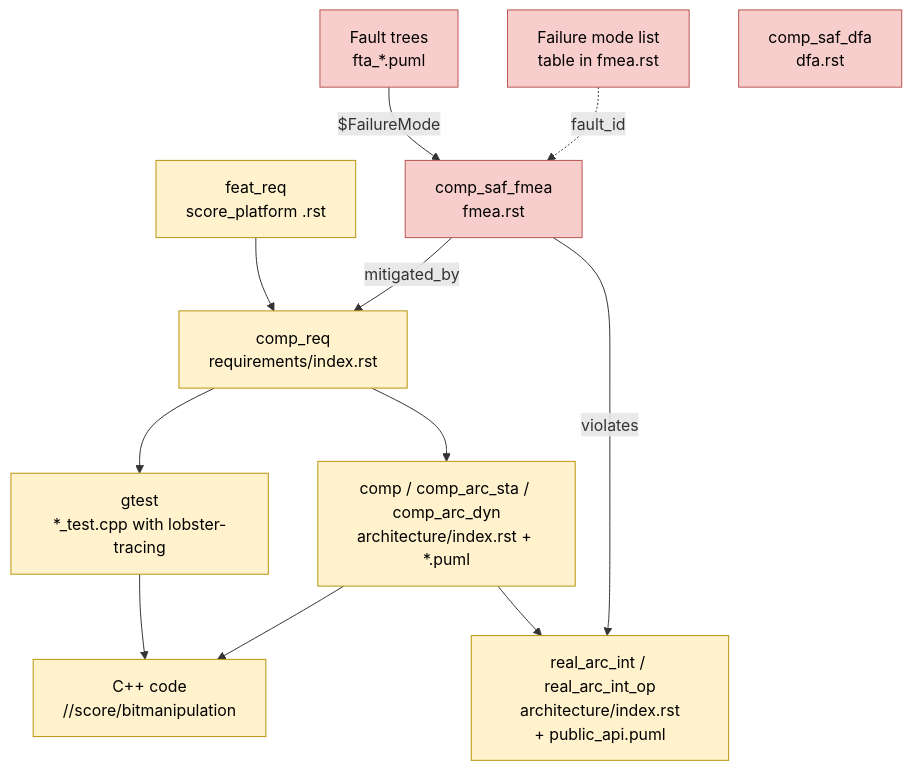
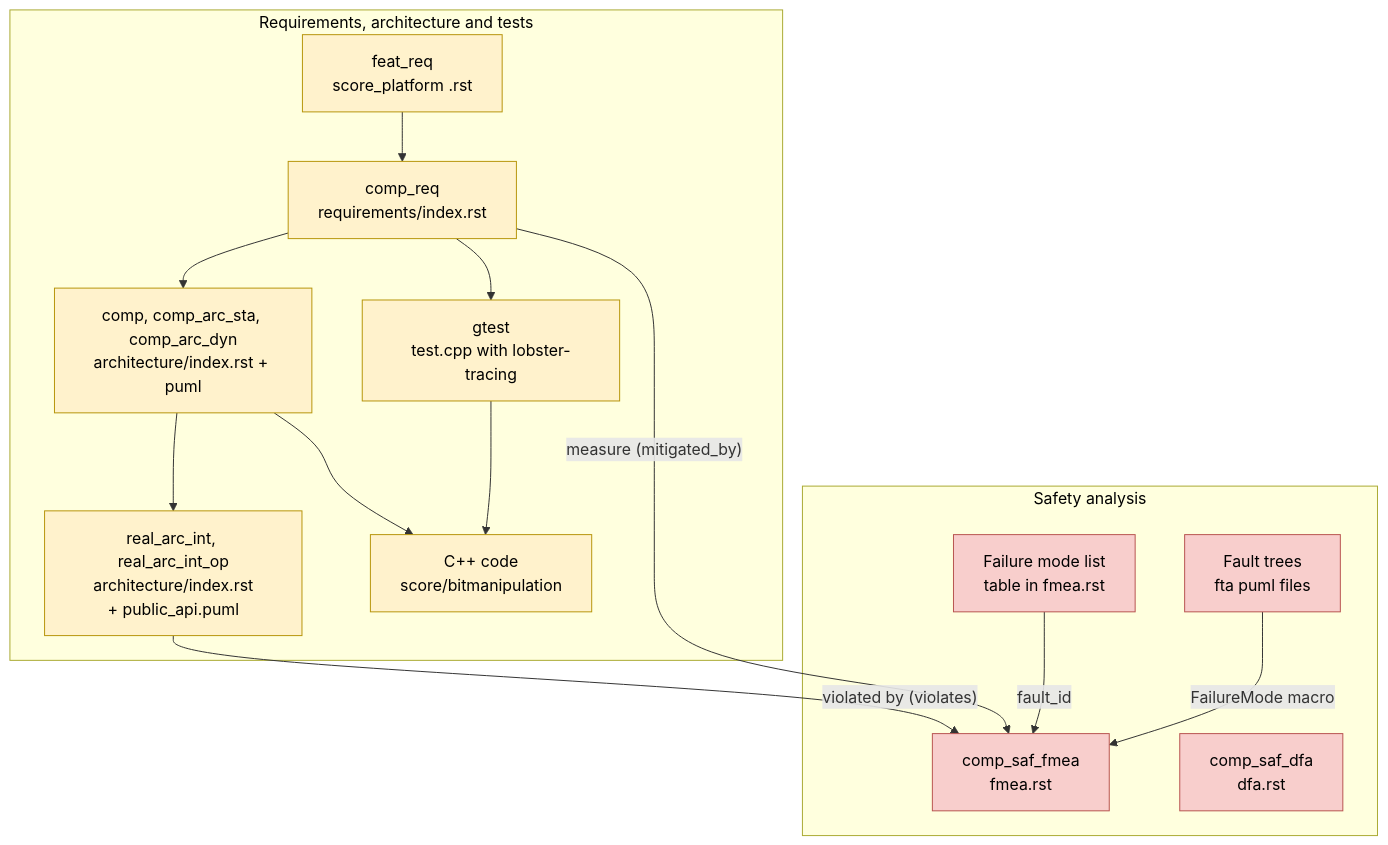
The second of 2 diagrams in dependable_element/README.md (eclipse-score/baselibs), drawn with Mermaid before and after one commit.

Commit message:
dependable_element: README chain overview renders on GitHub

````diff
--- a/dependable_element/README.md
+++ b/dependable_element/README.md
@@ -77,17 +77,36 @@
 ```mermaid
 flowchart TD
+  subgraph RAT["Requirements, architecture and tests"]
+    FR["feat_req<br/>score_platform .rst"]
+    CR["comp_req<br/>requirements/index.rst"]
+    ARC["comp, comp_arc_sta, comp_arc_dyn<br/>architecture/index.rst + puml"]
+    API["real_arc_int, real_arc_int_op<br/>architecture/index.rst<br/>+ public_api.puml"]
+    TEST["gtest<br/>test.cpp with lobster-tracing"]
+    CODE["C++ code<br/>score/bitmanipulation"]
+  end
+
+  subgraph SAF["Safety analysis"]
+    FML["Failure mode list<br/>table in fmea.rst"]
+    FMEA["comp_saf_fmea<br/>fmea.rst"]
+    FTA["Fault trees<br/>fta puml files"]
+    DFA["comp_saf_dfa<br/>dfa.rst"]
+  end
+
+  FR --> CR
+  CR --> ARC
+  ARC --> API
+  ARC --> CODE
+  CR --> TEST
+  TEST --> CODE
+  API -->|"violated by (violates)"| FMEA
+  CR -->|"measure (mitigated_by)"| FMEA
+  FML -->|fault_id| FMEA
+  FTA -->|FailureMode macro| FMEA
+
   classDef src fill:#FFF2CC,stroke:#B7950B,color:#000000
   classDef saf fill:#F8CECC,stroke:#B85450,color:#000000
-
-  FR["feat_req<br/>score_platform .rst"]:::src --> CR["comp_req<br/>requirements/index.rst"]:::src
-  CR --> ARC["comp / comp_arc_sta / comp_arc_dyn<br/>architecture/index.rst + *.puml"]:::src
-  ARC --> API["real_arc_int / real_arc_int_op<br/>architecture/index.rst<br/>+ public_api.puml"]:::src
-  ARC --> CODE["C++ code<br/>//score/bitmanipulation"]:::src
-  CR --> TEST["gtest<br/>*_test.cpp with lobster-tracing"]:::src
-  TEST --> CODE
-  FML["Failure mode list<br/>table in fmea.rst"]:::saf -. fault_id .-> FMEA
-  FMEA["comp_saf_fmea<br/>fmea.rst"]:::saf -- violates --> API
-  FMEA -- mitigated_by --> CR
-  FTA["Fault trees<br/>fta_*.puml"]:::saf -- "$FailureMode" --> FMEA
-  DFA["comp_saf_dfa<br/>dfa.rst"]:::saf
+  class FR,CR,ARC,API,TEST,CODE src
+  class FML,FMEA,FTA,DFA saf
+  style RAT color:#000000
+  style SAF color:#000000
 ```
````
